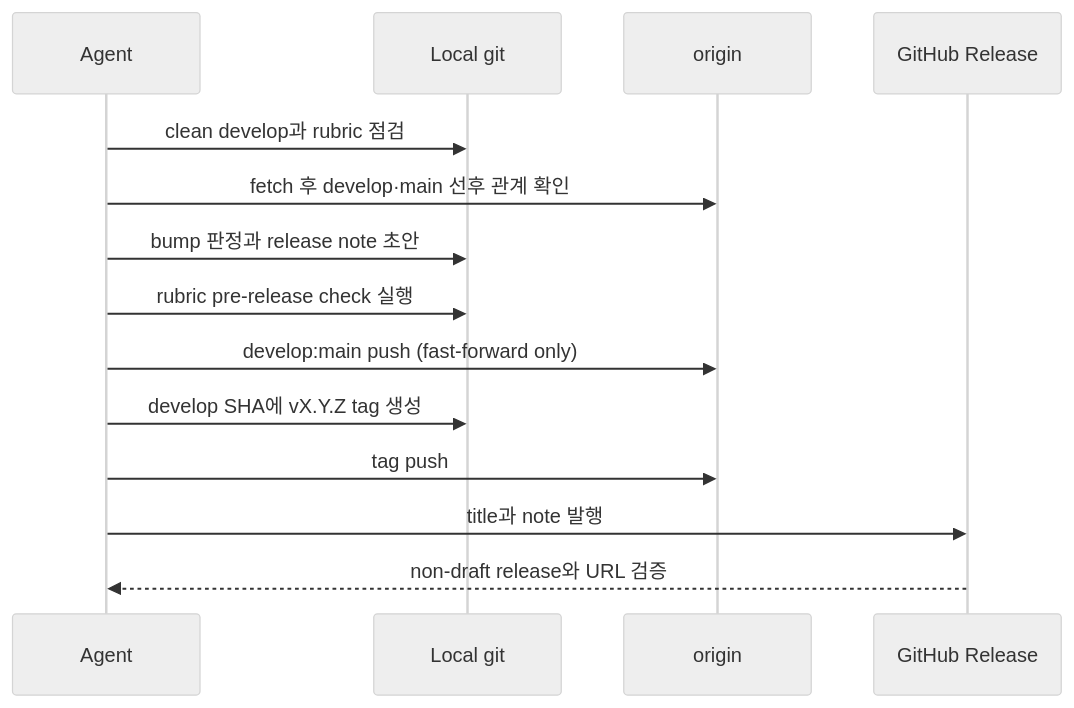
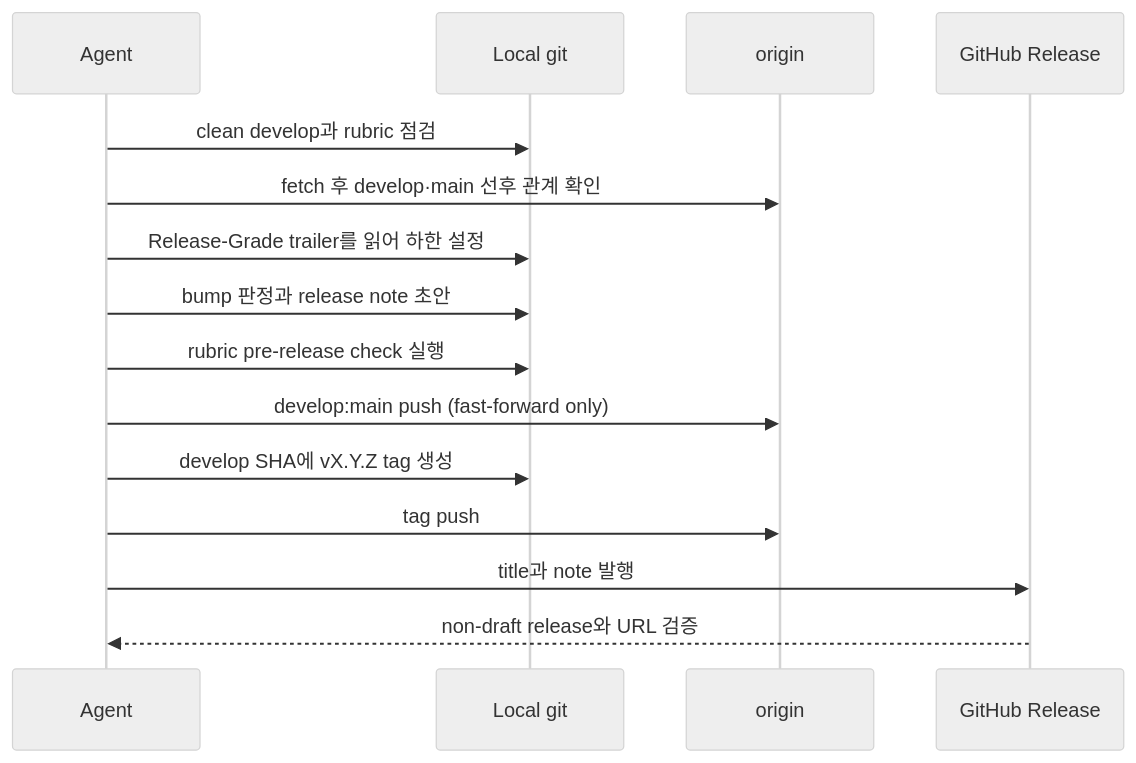
Before and after one commit to 0x0w1/jig: the diagram in docs/ko/skills/github-release.md, drawn with Mermaid (neutral theme). The commit also changed other lines of this file and 15 other files, not shown here.

````diff
--- a/docs/ko/skills/github-release.md
+++ b/docs/ko/skills/github-release.md
@@ -23,17 +23,18 @@
 ```mermaid
 sequenceDiagram
     participant Agent
     participant Local as Local git
     participant Origin as origin
     participant GitHub as GitHub Release
 
     Agent->>Local: clean develop과 rubric 점검
     Agent->>Origin: fetch 후 develop·main 선후 관계 확인
+    Agent->>Local: Release-Grade trailer를 읽어 하한 설정
     Agent->>Local: bump 판정과 release note 초안
     Agent->>Local: rubric pre-release check 실행
     Agent->>Origin: develop:main push (fast-forward only)
     Agent->>Local: develop SHA에 vX.Y.Z tag 생성
     Agent->>Origin: tag push
     Agent->>GitHub: title과 note 발행
     GitHub-->>Agent: non-draft release와 URL 검증
 ```
````
